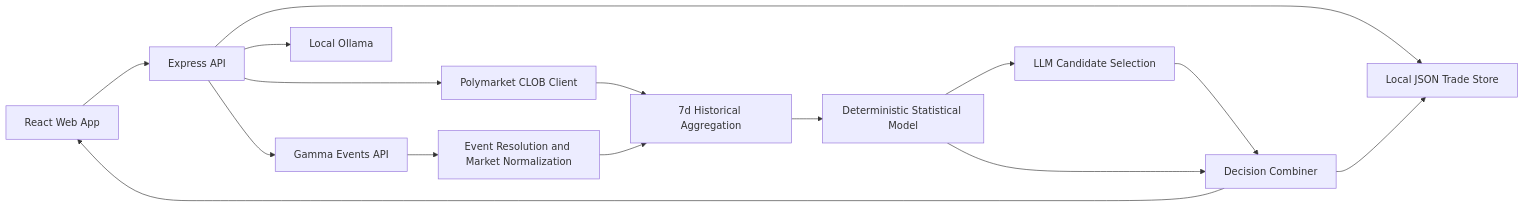
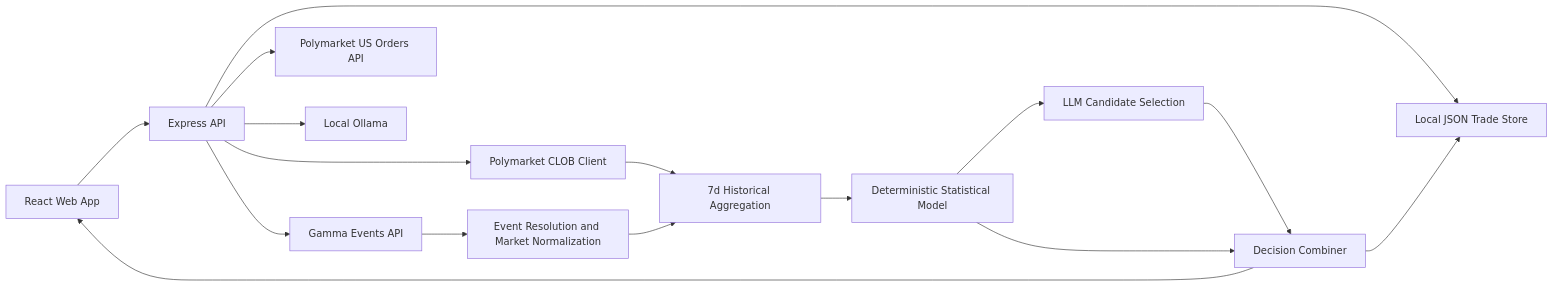
Before and after one commit to npyrz/probis: the first of 3 diagrams in README.md, drawn with Mermaid. The commit also changed other lines of this file, not shown here.

````diff
--- a/README.md
+++ b/README.md
@@ -118,18 +122,19 @@
 ```mermaid
 flowchart LR
 		UI[React Web App] --> API[Express API]
 		API --> Gamma[Gamma Events API]
 		API --> CLOB[Polymarket CLOB Client]
+		API --> PMUS[Polymarket US Orders API]
 		API --> Ollama[Local Ollama]
 		API --> Store[Local JSON Trade Store]
 
 		Gamma --> Resolver[Event Resolution and Market Normalization]
 		CLOB --> Aggregation[7d Historical Aggregation]
 		Resolver --> Aggregation
 		Aggregation --> Stats[Deterministic Statistical Model]
 		Stats --> LLMDecision[LLM Candidate Selection]
 		LLMDecision --> Combiner[Decision Combiner]
 		Stats --> Combiner
 		Combiner --> UI
 		Combiner --> Store
 ```
````
